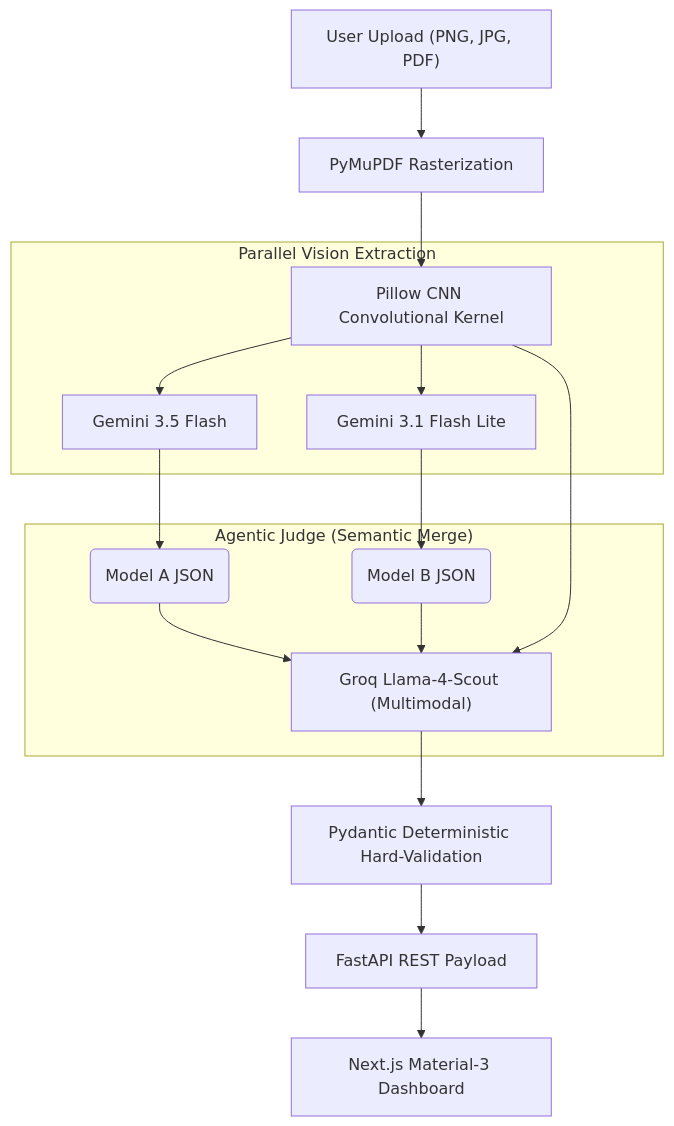
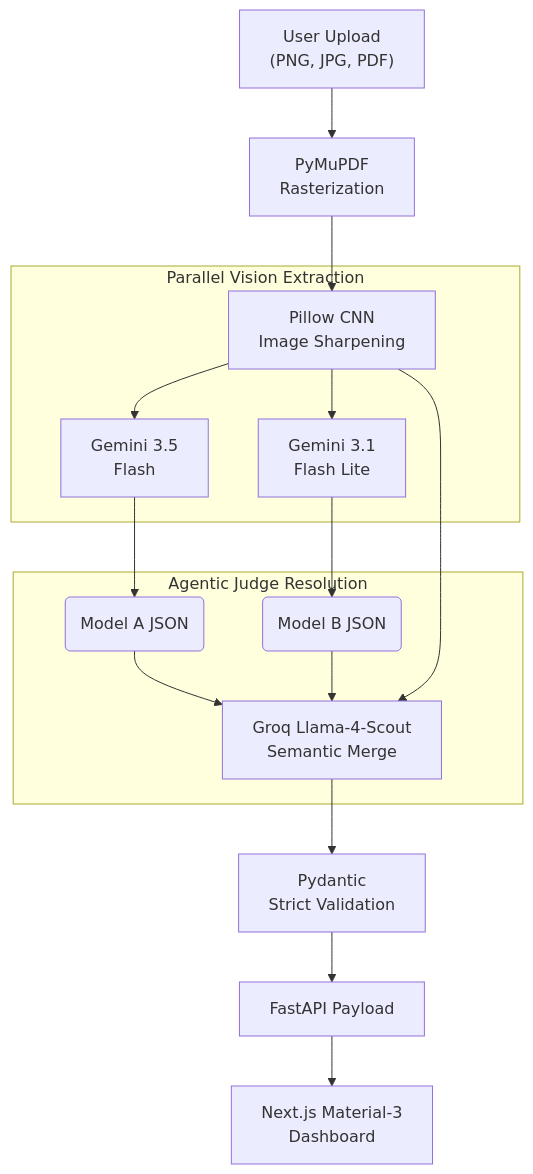
One commit to wizardwithcodehazard/IsoArch changed the diagram in README.md. Above: the diagram before and after it, drawn with Mermaid. The commit also changed other lines of this file, not shown here.

````diff
--- a/README.md
+++ b/README.md
@@ -11,23 +11,23 @@
 ```mermaid
 graph TD
-    A["User Upload (PNG, JPG, PDF)"] --> B["PyMuPDF Rasterization"]
-    B --> C["Pillow CNN Convolutional Kernel"]
+    A["User Upload <br>(PNG, JPG, PDF)"] --> B["PyMuPDF <br> Rasterization"]
+    B --> C["Pillow CNN <br> Image Sharpening"]
     
     subgraph "Parallel Vision Extraction"
-        C --> D["Gemini 3.5 Flash"]
-        C --> E["Gemini 3.1 Flash Lite"]
+        C --> D["Gemini 3.5 <br> Flash"]
+        C --> E["Gemini 3.1 <br> Flash Lite"]
     end
     
     D --> F("Model A JSON")
     E --> G("Model B JSON")
     
-    subgraph "Agentic Judge (Semantic Merge)"
-        F --> H["Groq Llama-4-Scout (Multimodal)"]
+    subgraph "Agentic Judge Resolution"
+        F --> H["Groq Llama-4-Scout <br> Semantic Merge"]
         G --> H
         C --> H
     end
     
-    H --> I["Pydantic Deterministic Hard-Validation"]
-    I --> J["FastAPI REST Payload"]
-    J --> K["Next.js Material-3 Dashboard"]
+    H --> I["Pydantic <br> Strict Validation"]
+    I --> J["FastAPI Payload"]
+    J --> K["Next.js Material-3 <br> Dashboard"]
 ```
````
